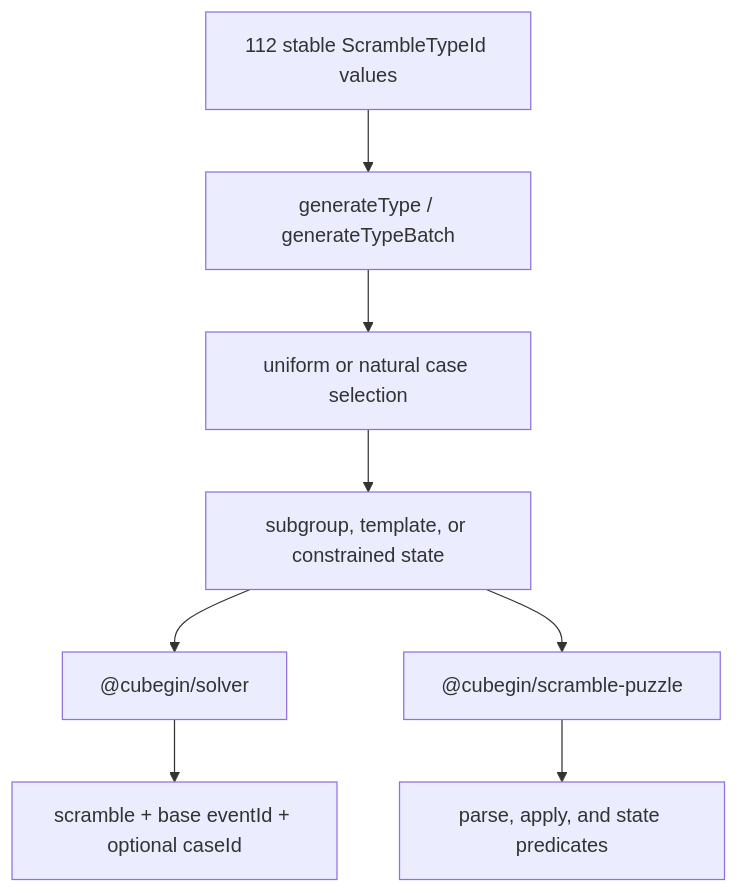
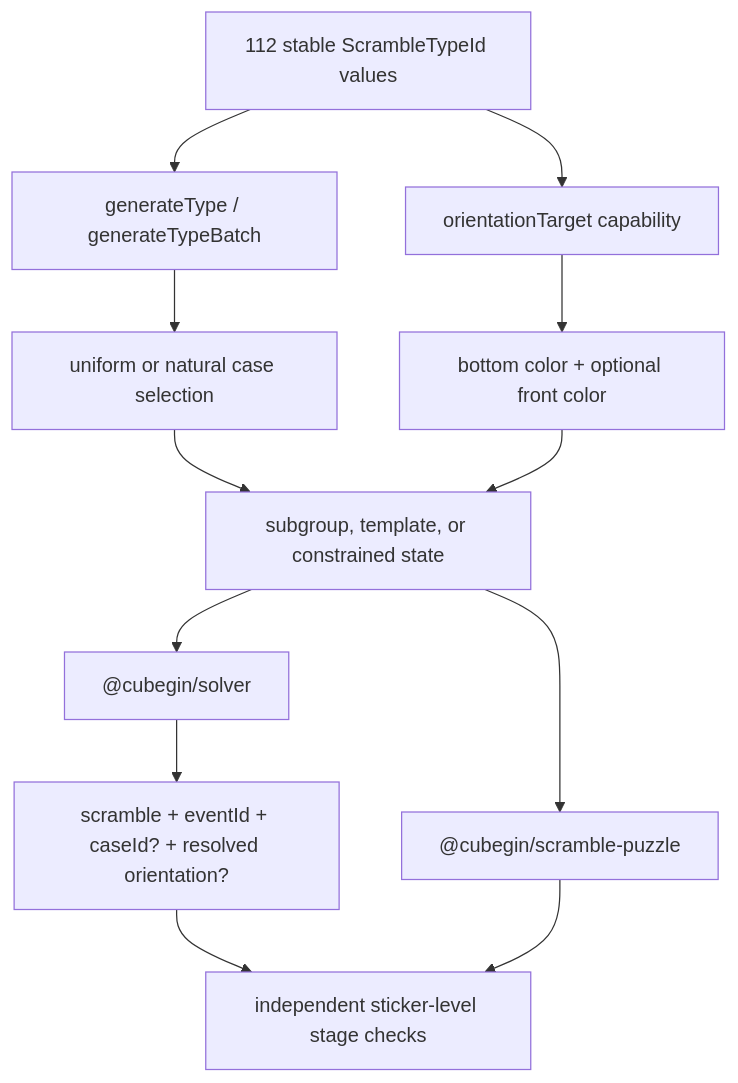
One commit to deweyou/cube-kit changed the diagram in docs/training-scramble-system.md. Above: the diagram before and after it, drawn with Mermaid. The commit also changed other lines of this file and 36 other files, not shown here.

Commit message:
feat(scramble): integrate training catalog and orientation

````diff
--- a/docs/training-scramble-system.md
+++ b/docs/training-scramble-system.md
@@ -3,10 +3,14 @@
 ```mermaid
 flowchart TD
     Catalog["112 stable ScrambleTypeId values"] --> Facade["generateType / generateTypeBatch"]
+    Catalog --> OrientationSupport["orientationTarget capability"]
     Facade --> Cases["uniform or natural case selection"]
+    OrientationSupport --> Holding["bottom color + optional front color"]
     Cases --> Constructors["subgroup, template, or constrained state"]
+    Holding --> Constructors
     Constructors --> Solver["@cubegin/solver"]
     Constructors --> Puzzle["@cubegin/scramble-puzzle"]
-    Solver --> Result["scramble + base eventId + optional caseId"]
-    Puzzle --> Verify["parse, apply, and state predicates"]
+    Solver --> Result["scramble + eventId + caseId? + resolved orientation?"]
+    Result --> Verify["independent sticker-level stage checks"]
+    Puzzle --> Verify
 ```
````
